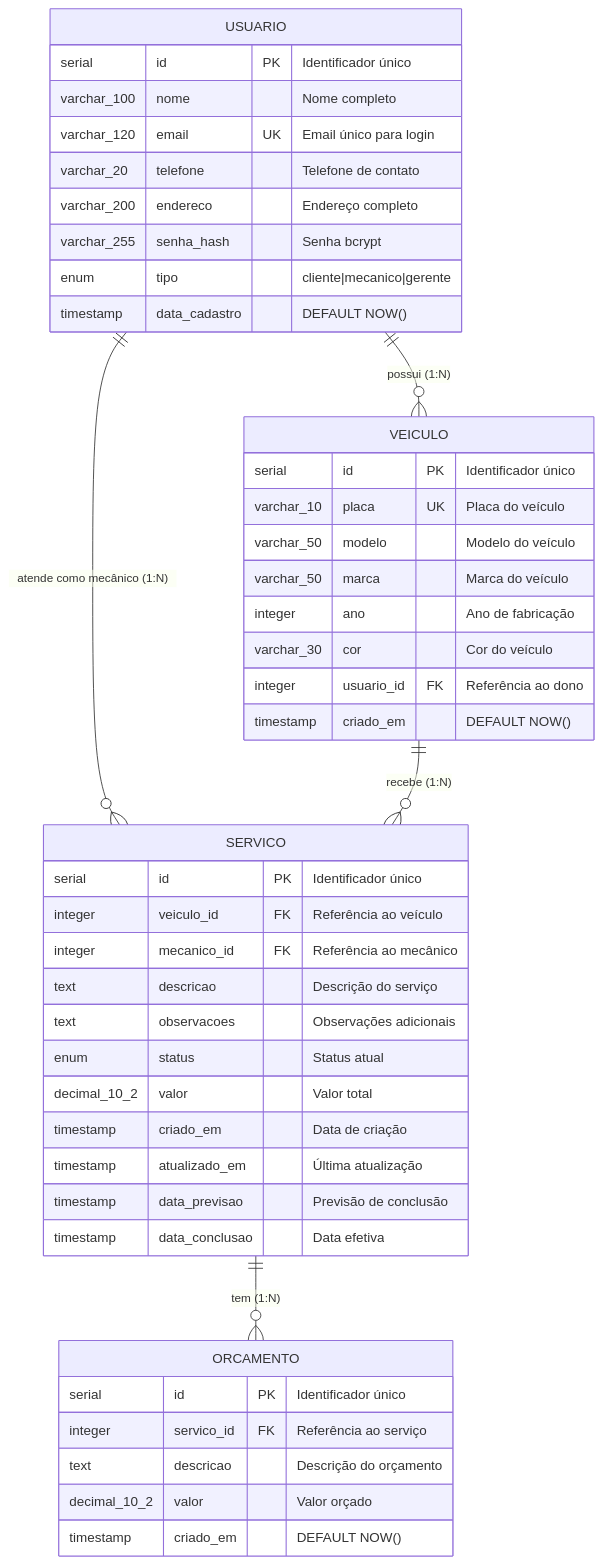
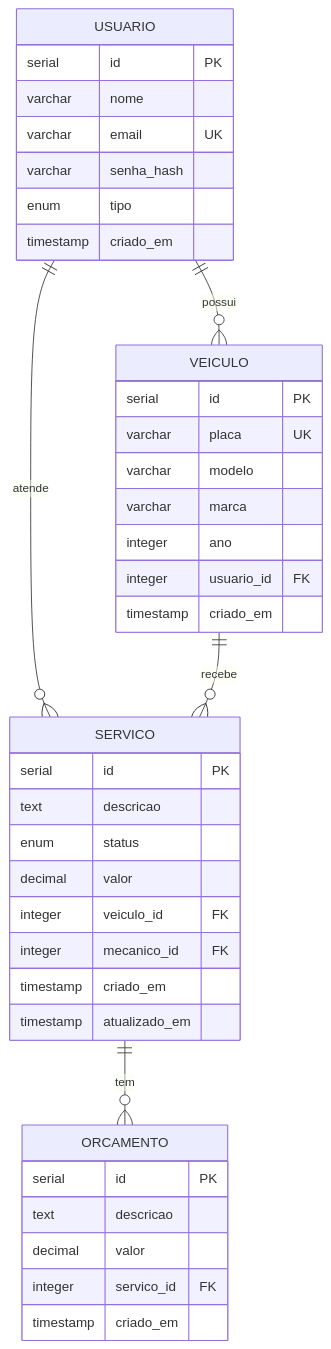
The diagram in docs/ER_FISICO.md (Gxaite/tppe), drawn with Mermaid before and after one commit. The commit also changed other lines of this file and 25 other files, not shown here.

````diff
--- a/docs/ER_FISICO.md
+++ b/docs/ER_FISICO.md
@@ -18,51 +14,45 @@
 ```mermaid
 erDiagram
-    USUARIO ||--o{ VEICULO : "possui (1:N)"
-    USUARIO ||--o{ SERVICO : "atende como mecânico (1:N)"
-    VEICULO ||--o{ SERVICO : "recebe (1:N)"
-    SERVICO ||--o{ ORCAMENTO : "tem (1:N)"
+    USUARIO ||--o{ VEICULO : possui
+    USUARIO ||--o{ SERVICO : atende
+    VEICULO ||--o{ SERVICO : recebe
+    SERVICO ||--o{ ORCAMENTO : tem
 
     USUARIO {
-        serial id PK "Identificador único"
-        varchar_100 nome "Nome completo"
-        varchar_120 email UK "Email único para login"
-        varchar_20 telefone "Telefone de contato"
-        varchar_200 endereco "Endereço completo"
-        varchar_255 senha_hash "Senha bcrypt"
-        enum tipo "cliente|mecanico|gerente"
-        timestamp data_cadastro "DEFAULT NOW()"
+        serial id PK
+        varchar nome
+        varchar email UK
+        varchar senha_hash
+        enum tipo
+        timestamp criado_em
     }
 
     VEICULO {
-        serial id PK "Identificador único"
-        varchar_10 placa UK "Placa do veículo"
-        varchar_50 modelo "Modelo do veículo"
-        varchar_50 marca "Marca do veículo"
-        integer ano "Ano de fabricação"
-        varchar_30 cor "Cor do veículo"
-        integer usuario_id FK "Referência ao dono"
-        timestamp criado_em "DEFAULT NOW()"
+        serial id PK
+        varchar placa UK
+        varchar modelo
+        varchar marca
+        integer ano
+        integer usuario_id FK
+        timestamp criado_em
     }
 
     SERVICO {
-        serial id PK "Identificador único"
-        integer veiculo_id FK "Referência ao veículo"
-        integer mecanico_id FK "Referência ao mecânico"
-        text descricao "Descrição do serviço"
-        text observacoes "Observações adicionais"
-        enum status "Status atual"
-        decimal_10_2 valor "Valor total"
-        timestamp criado_em "Data de criação"
-        timestamp atualizado_em "Última atualização"
-        timestamp data_previsao "Previsão de conclusão"
-        timestamp data_conclusao "Data efetiva"
+        serial id PK
+        text descricao
+        enum status
+        decimal valor
+        integer veiculo_id FK
+        integer mecanico_id FK
+        timestamp criado_em
+        timestamp atualizado_em
     }
 
     ORCAMENTO {
-        serial id PK "Identificador único"
-        integer servico_id FK "Referência ao serviço"
-        text descricao "Descrição do orçamento"
-        decimal_10_2 valor "Valor orçado"
-        timestamp criado_em "DEFAULT NOW()"
+        serial id PK
+        text descricao
+        decimal valor
+        integer servico_id FK
+        timestamp criado_em
     }
 ```
````
